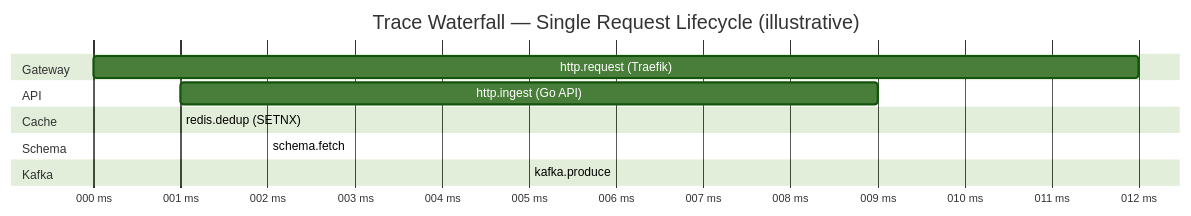
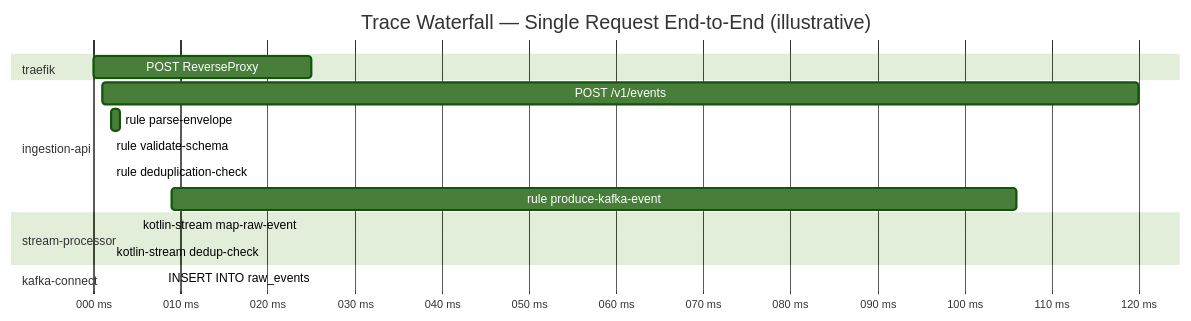
One commit to Chief-Strategist-J/messaging-pipeline changed the sixth of 6 diagrams in README.md. Above: the diagram before and after it, drawn with Mermaid (forest theme). The commit also changed other lines of this file, not shown here.

````diff
--- a/README.md
+++ b/README.md
@@ -373,16 +376,19 @@
 ```mermaid
 gantt
-    title Trace Waterfall — Single Request Lifecycle (illustrative)
+    title Trace Waterfall — Single Request End-to-End (illustrative)
     dateFormat  x
     axisFormat %L ms
-    section Gateway
-    http.request (Traefik)      :a1, 0, 12
-    section API
-    http.ingest (Go API)        :a2, 1, 9
-    section Cache
-    redis.dedup (SETNX)         :a3, 2, 1
-    section Schema
-    schema.fetch                :a4, 3, 2
-    section Kafka
-    kafka.produce               :a5, 5, 5
+    section traefik
+    POST ReverseProxy           :a1, 0, 25
+    section ingestion-api
+    POST /v1/events             :a2, 1, 120
+    rule parse-envelope         :a3, 2, 3
+    rule validate-schema        :a4, 5, 2
+    rule deduplication-check    :a5, 7, 2
+    rule produce-kafka-event    :a6, 9, 106
+    section stream-processor
+    kotlin-stream map-raw-event :a7, 115, 5
+    kotlin-stream dedup-check   :a8, 118, 2
+    section kafka-connect
+    INSERT INTO raw_events      :a9, 120, 8
 ```
````
